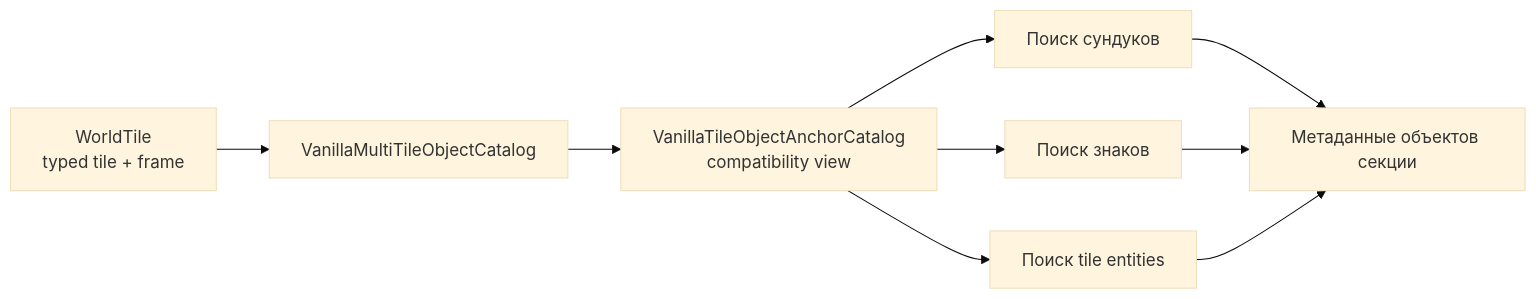
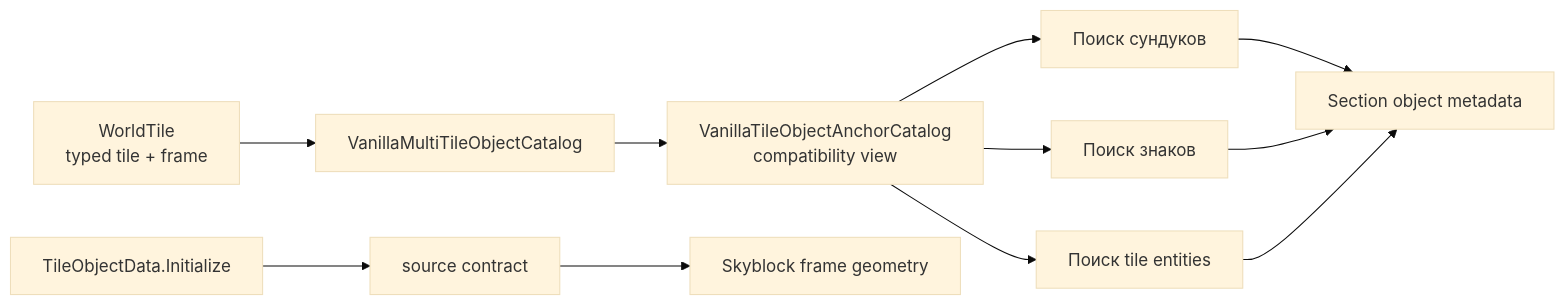
Before and after one commit to VegaKernel/TerraRuntime: the diagram in docs/ru/tile-object-anchors.md, drawn with Mermaid (base theme). The commit also changed other lines of this file and 12 other files, not shown here.

First line of the commit message:
feat: add source-backed skyblock progression anchors

````diff
--- a/docs/ru/tile-object-anchors.md
+++ b/docs/ru/tile-object-anchors.md
@@ -7,11 +7,13 @@
 ```mermaid
 flowchart LR
     Tile["WorldTile\ntyped tile + frame"] --> Catalog["VanillaMultiTileObjectCatalog"]
     Catalog --> Anchor["VanillaTileObjectAnchorCatalog\ncompatibility view"]
     Anchor --> Chest["Поиск сундуков"]
     Anchor --> Sign["Поиск знаков"]
     Anchor --> Entity["Поиск tile entities"]
-    Chest --> Section["Метаданные объектов секции"]
+    Chest --> Section["Section object metadata"]
     Sign --> Section
     Entity --> Section
+    Source["TileObjectData.Initialize"] --> Probe["source contract"]
+    Probe --> Worldgen["Skyblock frame geometry"]
 ```
````
